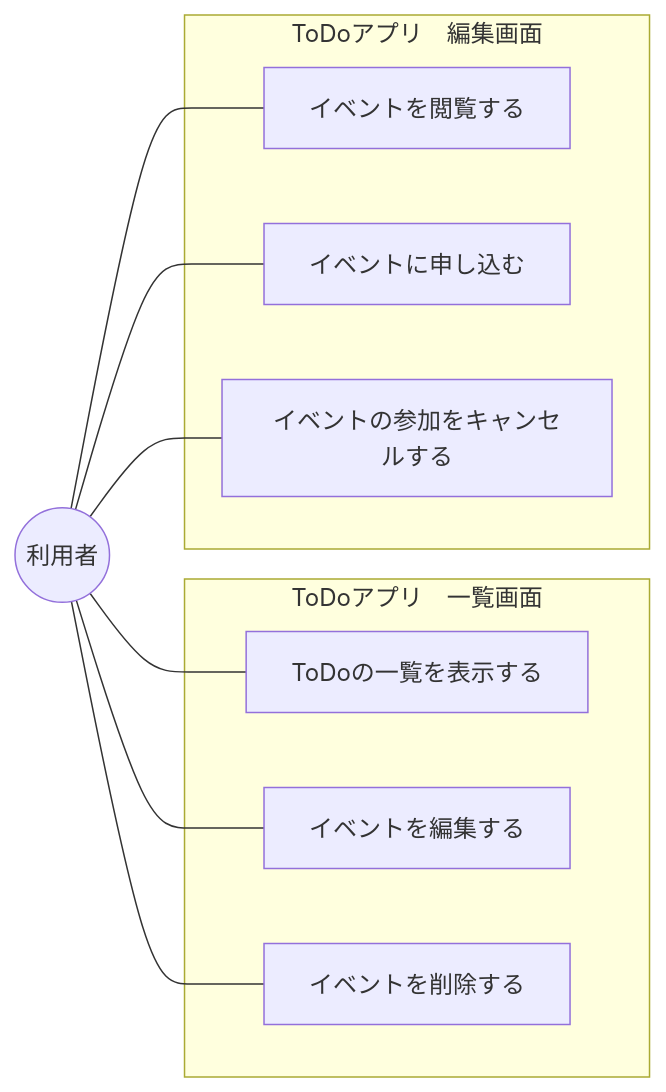
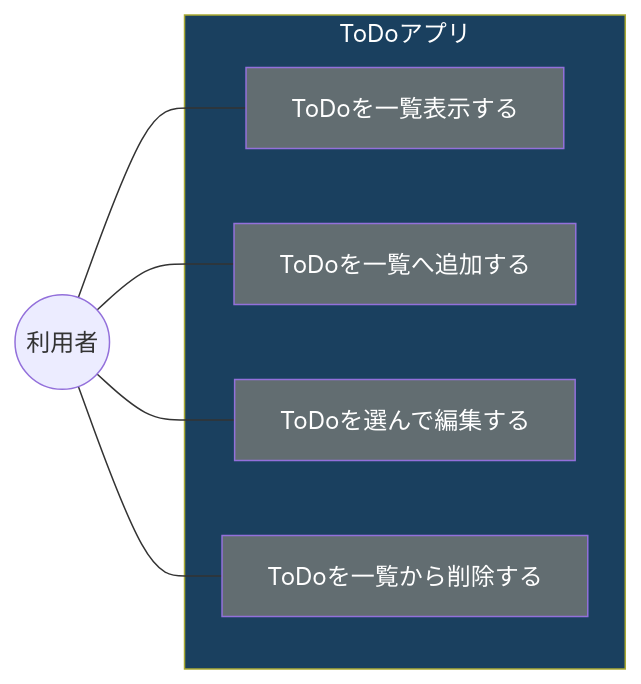
The diagram in design-document/概要.md (next-fire-starter/webdocs), drawn with Mermaid before and after one commit.

Commit message:
edit 概要

````diff
--- a/design-document/概要.md
+++ b/design-document/概要.md
@@ -7,27 +7,21 @@
 ```mermaid
-%%{init:{'theme':'natural'}}%%
 flowchart LR
 
 A((利用者))
 
+A --- B[ToDoを一覧表示する]
+A --- C[ToDoを一覧へ追加する]
+A --- D[ToDoを選んで編集する]
+A --- E[ToDoを一覧から削除する]
 
-A --- B[ToDoの一覧を表示する]
-A --- C[イベントを編集する]
-A --- D[イベントを削除する]
-A --- F[イベントを閲覧する]
-A --- G[イベントに申し込む]
-A --- H[イベントの参加をキャンセルする]
-
-subgraph ToDoアプリ　一覧画面
+subgraph ToDoアプリ
   B
   C
   D
+  E
 end
 
-subgraph ToDoアプリ　編集画面
-  F
-  G
-  H
-end
-
+style ToDoアプリ fill:#1A405F,color:#FFF
+classDef className fill:#626D71,color:#FFF
+class B,C,D,E className
 ```
````
